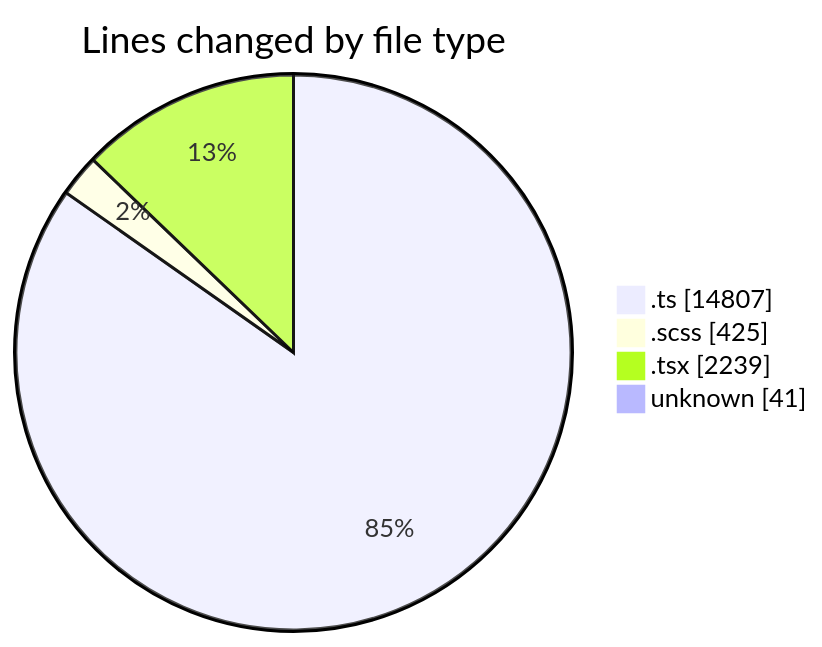
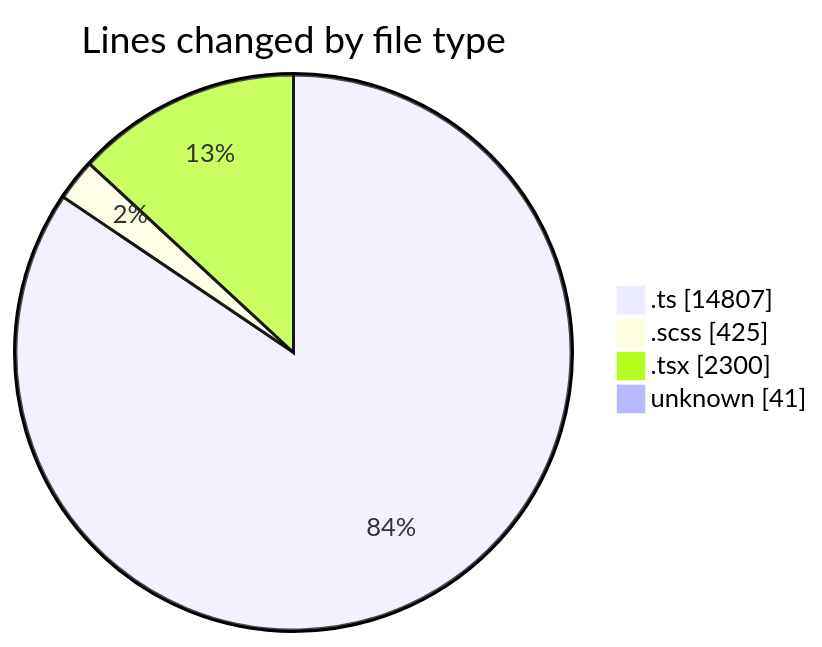
The first of 2 diagrams in 2025-08-27/cda/README.md (momahboobian/code-tracking), drawn with Mermaid before and after one commit. The commit also changed other lines of this file and 1 other file, not shown here.

````diff
--- a/2025-08-27/cda/README.md
+++ b/2025-08-27/cda/README.md
@@ -34,8 +34,8 @@
 ```mermaid
 pie showData
 title Lines changed by file type
 ".ts" : 14807
 ".scss" : 425
-".tsx" : 2239
+".tsx" : 2300
 "unknown" : 41
 ```
````
